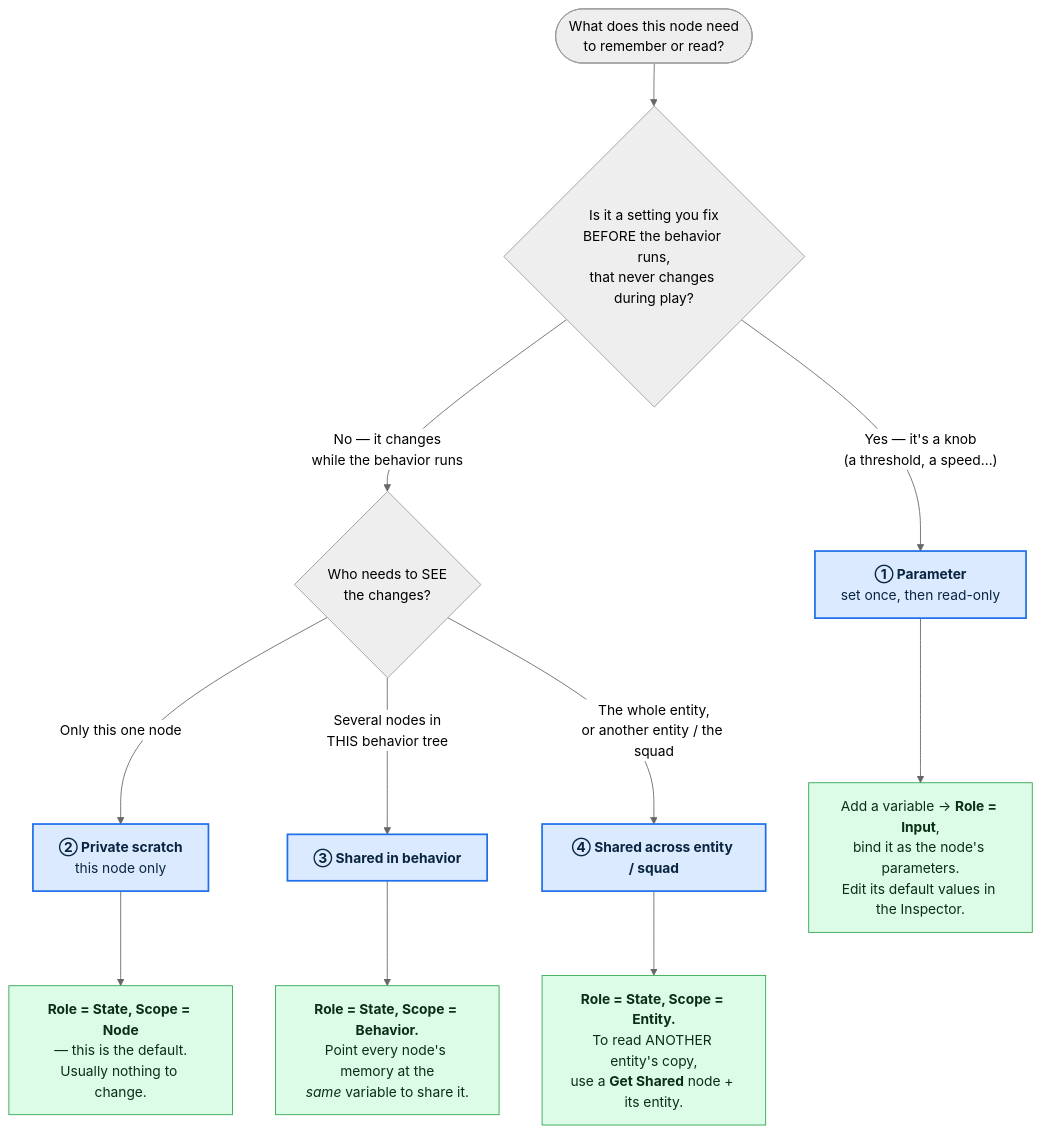
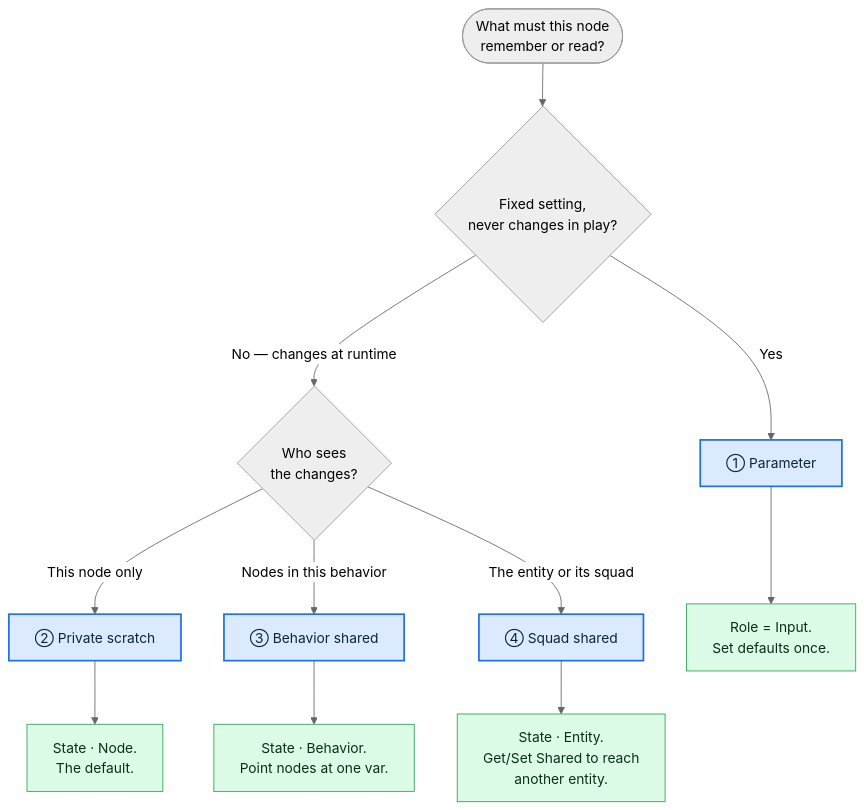
Before and after one commit to pjanec/HROT: the diagram in docs/blueprints/Variables_Designer_Quickstart.md, drawn with Mermaid (neutral theme). The commit also changed other lines of this file and 2 other files, not shown here.

First line of the commit message:
docs: refine designer quickstart terminology + start UX improvement backlog

````diff
--- a/docs/blueprints/Variables_Designer_Quickstart.md
+++ b/docs/blueprints/Variables_Designer_Quickstart.md
@@ -16,21 +16,21 @@
 ```mermaid
 flowchart TD
-    Start([What does this node need<br/>to remember or read?]) --> Q1{Is it a setting you fix<br/>BEFORE the behavior runs,<br/>that never changes during play?}
+    Start(["What must this node<br/>remember or read?"]) --> Q1{"Fixed setting,<br/>never changes in play?"}
 
-    Q1 -->|"Yes — it's a knob<br/>(a threshold, a speed…)"| PARAM["<b>① Parameter</b><br/>set once, then read-only"]
-    Q1 -->|"No — it changes<br/>while the behavior runs"| Q2{Who needs to SEE<br/>the changes?}
+    Q1 -->|Yes| PARAM["① Parameter"]
+    Q1 -->|"No — changes at runtime"| Q2{"Who sees<br/>the changes?"}
 
-    Q2 -->|"Only this one node"| PRIV["<b>② Private scratch</b><br/>this node only"]
-    Q2 -->|"Several nodes in<br/>THIS behavior tree"| BEH["<b>③ Shared in behavior</b>"]
-    Q2 -->|"The whole entity,<br/>or another entity / the squad"| ENT["<b>④ Shared across entity / squad</b>"]
+    Q2 -->|This node only| PRIV["② Private scratch"]
+    Q2 -->|Nodes in this behavior| BEH["③ Behavior shared"]
+    Q2 -->|The entity or its squad| SQUAD["④ Squad shared"]
 
-    PARAM --> PARAMHOW["Add a variable → <b>Role = Input</b>,<br/>bind it as the node's parameters.<br/>Edit its default values in the Inspector."]
-    PRIV --> PRIVHOW["<b>Role = State, Scope = Node</b><br/>— this is the default.<br/>Usually nothing to change."]
-    BEH --> BEHHOW["<b>Role = State, Scope = Behavior.</b><br/>Point every node's memory at the<br/><i>same</i> variable to share it."]
-    ENT --> ENTHOW["<b>Role = State, Scope = Entity.</b><br/>To read ANOTHER entity's copy,<br/>use a <b>Get Shared</b> node + its entity."]
+    PARAM --> PARAMHOW["Role = Input.<br/>Set defaults once."]
+    PRIV --> PRIVHOW["State · Node.<br/>The default."]
+    BEH --> BEHHOW["State · Behavior.<br/>Point nodes at one var."]
+    SQUAD --> SQUADHOW["State · Entity.<br/>Get/Set Shared to reach<br/>another entity."]
 
     classDef kind fill:#dbeafe,stroke:#1f6feb,stroke-width:2px,color:#0a2540;
     classDef how fill:#dcfce7,stroke:#2da44e,color:#0a2f16;
-    class PARAM,PRIV,BEH,ENT kind;
-    class PARAMHOW,PRIVHOW,BEHHOW,ENTHOW how;
+    class PARAM,PRIV,BEH,SQUAD kind;
+    class PARAMHOW,PRIVHOW,BEHHOW,SQUADHOW how;
 ```
````
